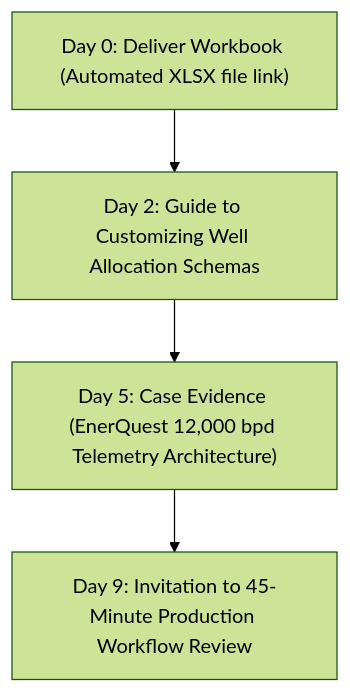
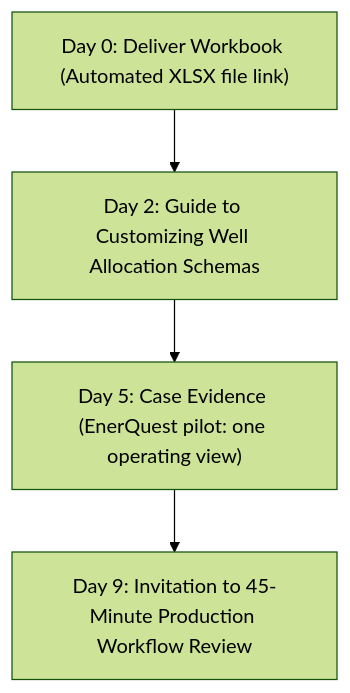
The diagram in docs/campaigns/01-production-visibility-nigeria-angola.md (artemiusradin-png/deview-website), drawn with Mermaid (forest theme) before and after one commit. The commit also changed other lines of this file and 8 other files, not shown here.

First line of the commit message:
fix(claims): hedge per-market legal statements and limit EnerQuest to the approved pilot wording (#50)

````diff
--- a/docs/campaigns/01-production-visibility-nigeria-angola.md
+++ b/docs/campaigns/01-production-visibility-nigeria-angola.md
@@ -92,6 +92,6 @@
 ```mermaid
 flowchart TD
     D0["Day 0: Deliver Workbook (Automated XLSX file link)"] --> D2["Day 2: Guide to Customizing Well Allocation Schemas"]
-    D2 --> D5["Day 5: Case Evidence (EnerQuest 12,000 bpd Telemetry Architecture)"]
+    D2 --> D5["Day 5: Case Evidence (EnerQuest pilot: one operating view)"]
     D5 --> D9["Day 9: Invitation to 45-Minute Production Workflow Review"]
 ```
````
